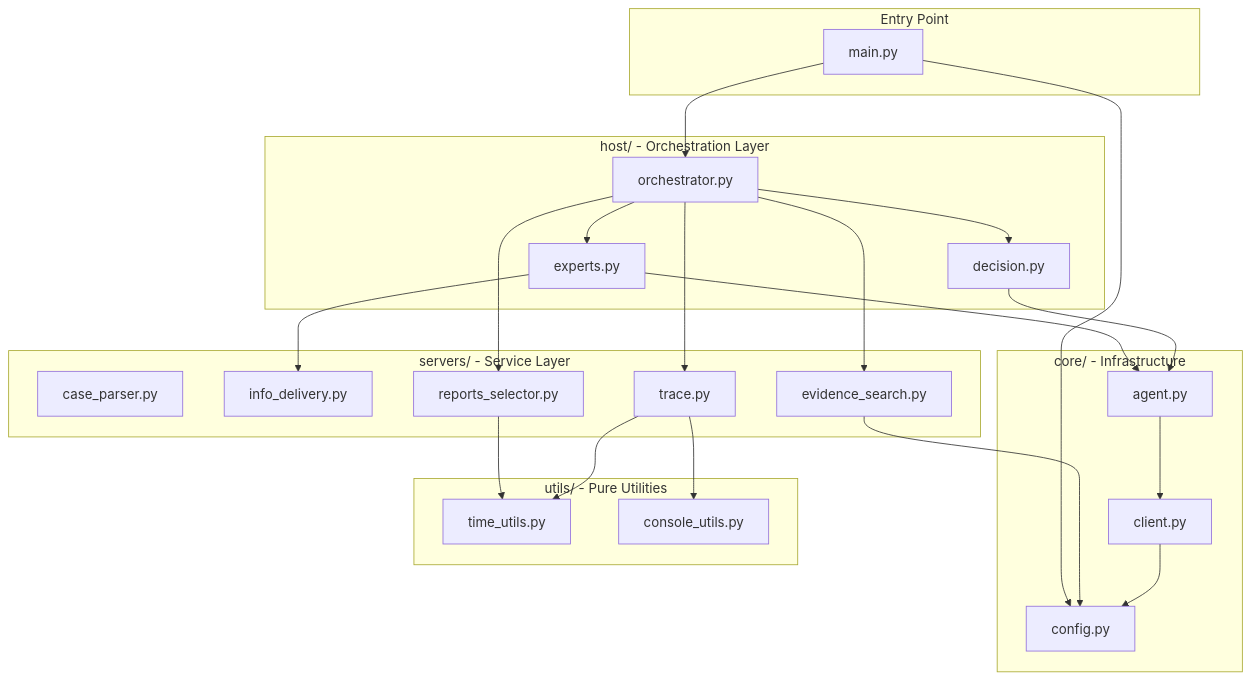
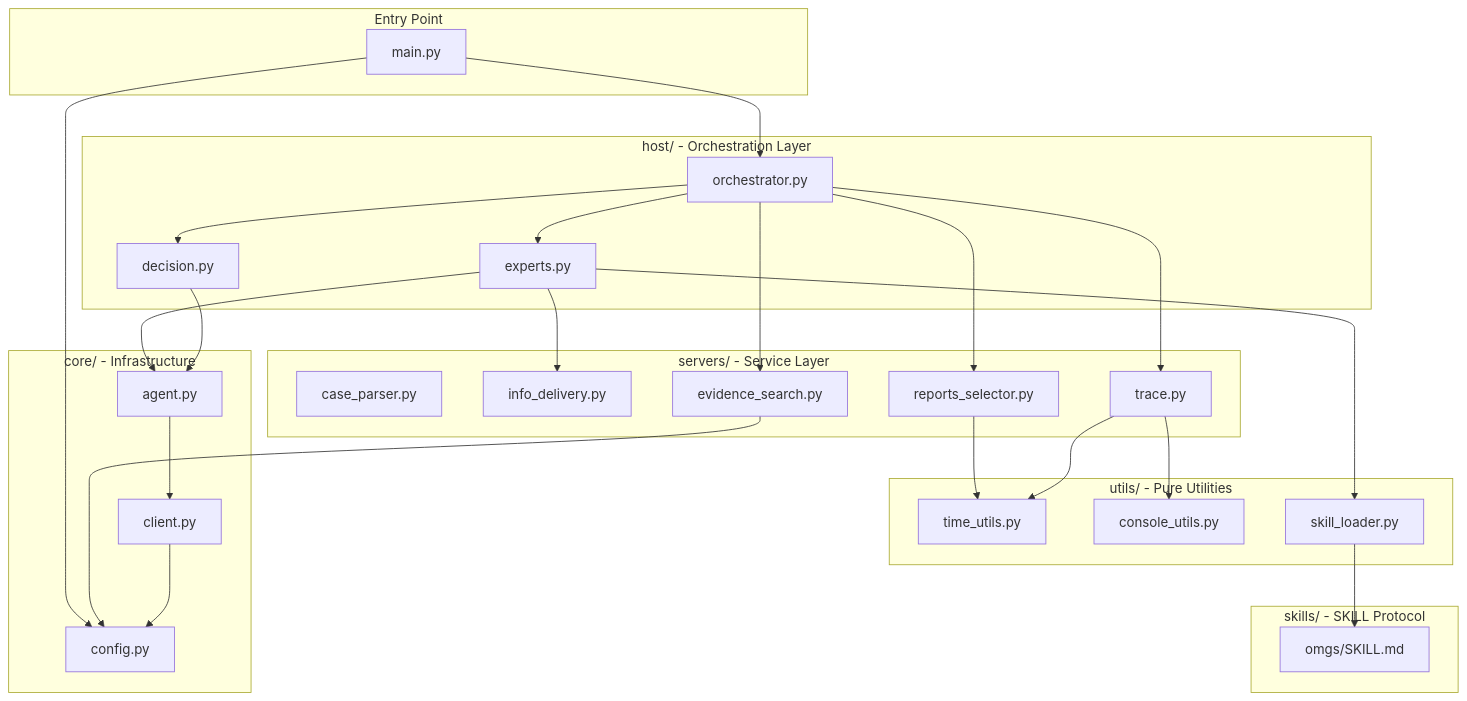
The fourth of 6 diagrams in README.md (pigudog/OMGs), drawn with Mermaid before and after one commit. The commit also changed other lines of this file and 36 other files, not shown here.

````diff
--- a/README.md
+++ b/README.md
@@ -181,54 +205,62 @@
 ```mermaid
 flowchart TD
     subgraph main_entry [Entry Point]
         MainPy[main.py]
     end
     
     subgraph host_layer [host/ - Orchestration Layer]
         Orchestrator[orchestrator.py]
         Experts[experts.py]
         Decision[decision.py]
     end
     
     subgraph servers_layer [servers/ - Service Layer]
         CaseParser[case_parser.py]
         InfoDelivery[info_delivery.py]
         EvidenceSearch[evidence_search.py]
         ReportsSelector[reports_selector.py]
         Trace[trace.py]
     end
     
     subgraph core_layer [core/ - Infrastructure]
         Agent[agent.py]
         Client[client.py]
         Config[config.py]
     end
     
     subgraph utils_layer [utils/ - Pure Utilities]
         TimeUtils[time_utils.py]
         ConsoleUtils[console_utils.py]
+        SkillLoader[skill_loader.py]
+    end
+    
+    subgraph skills_layer [skills/ - SKILL Protocol]
+        SkillMD[omgs/SKILL.md]
     end
     
     MainPy --> Orchestrator
     MainPy --> Config
     
     Orchestrator --> Experts
     Orchestrator --> Decision
     Orchestrator --> EvidenceSearch
     Orchestrator --> ReportsSelector
     Orchestrator --> Trace
     
     Experts --> Agent
     Experts --> InfoDelivery
+    Experts --> SkillLoader
+    
+    SkillLoader --> SkillMD
     
     Decision --> Agent
     
     ReportsSelector --> TimeUtils
     EvidenceSearch --> Config
     
     Trace --> ConsoleUtils
     Trace --> TimeUtils
     
     Agent --> Client
     Client --> Config
 ```
````
